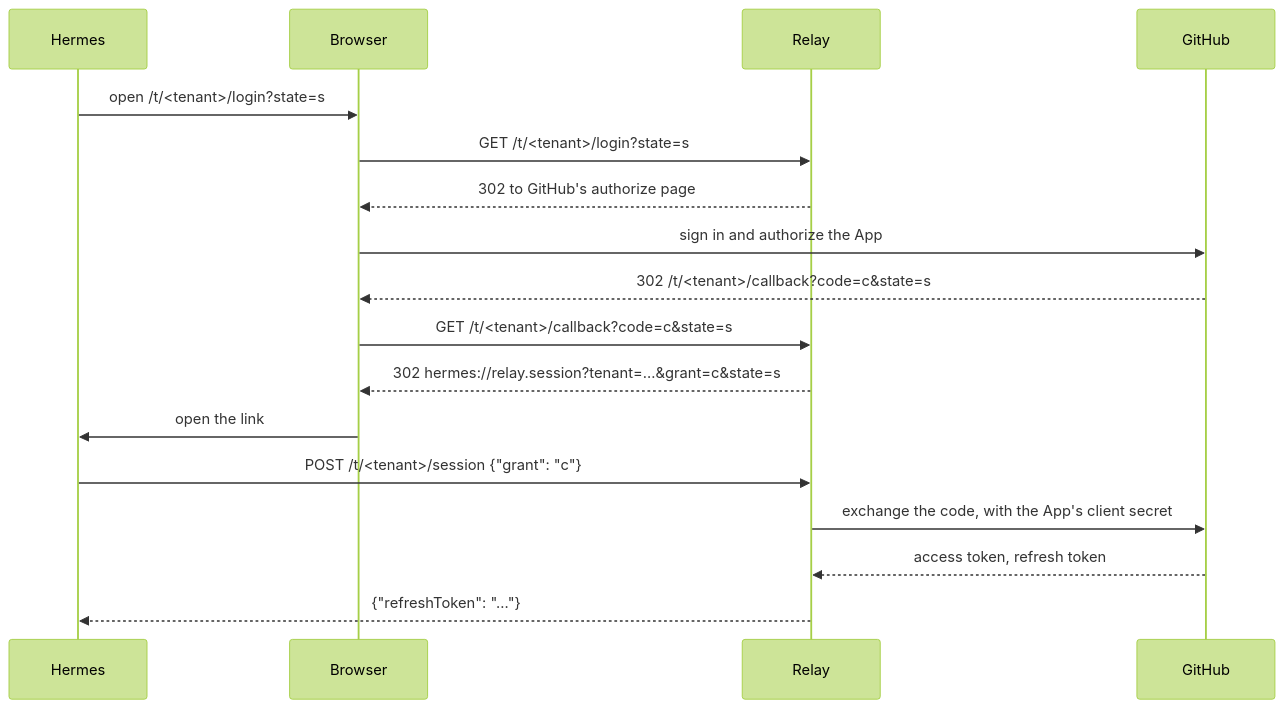
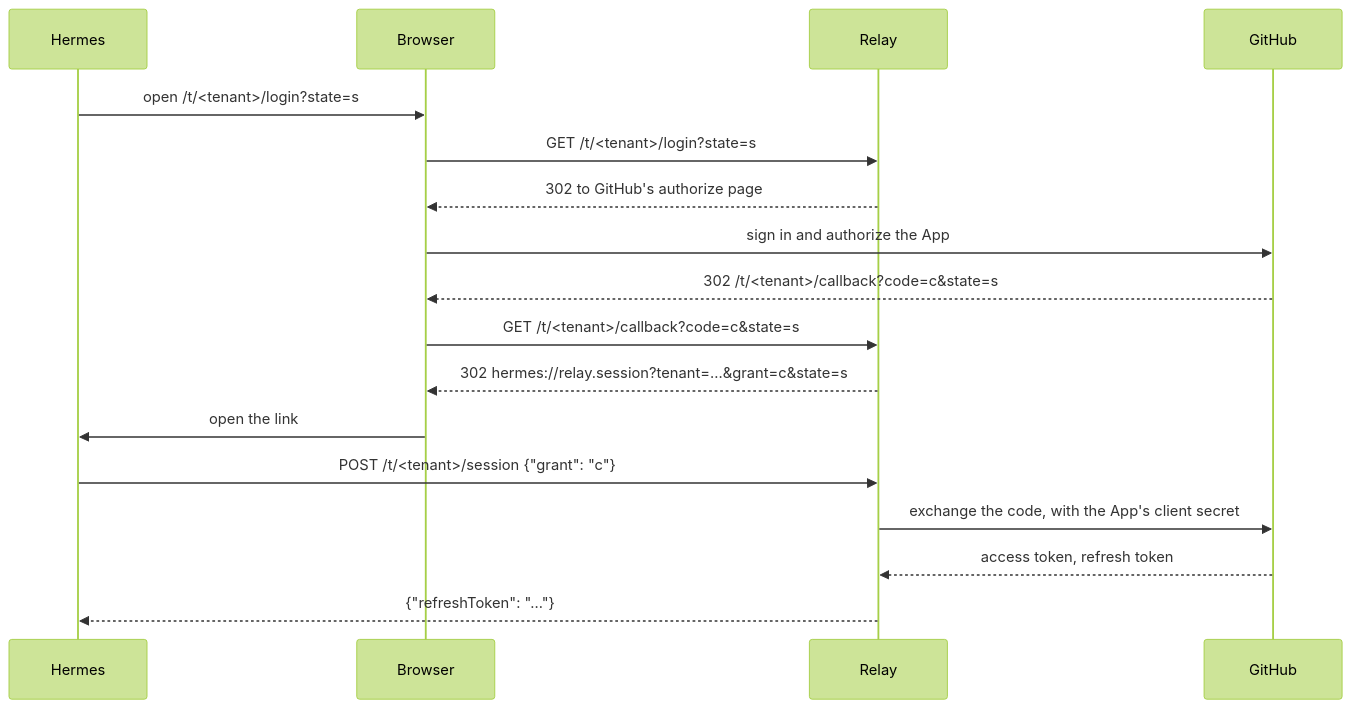
One commit to bojanrajkovic/hermes changed the second of 3 diagrams in plans/relay.md. Above: the diagram before and after it, drawn with Mermaid (forest theme). The commit also changed other lines of this file and 4 other files, not shown here.

````diff
--- a/plans/relay.md
+++ b/plans/relay.md
@@ -114,19 +130,19 @@
 ```mermaid
 sequenceDiagram
     participant H as Hermes
     participant B as Browser
     participant R as Relay
     participant GH as GitHub
-    H->>B: open /t/<tenant>/login?state=s
-    B->>R: GET /t/<tenant>/login?state=s
+    H->>B: open /t/#lt;tenant#gt;/login?state=s
+    B->>R: GET /t/#lt;tenant#gt;/login?state=s
     R-->>B: 302 to GitHub's authorize page
     B->>GH: sign in and authorize the App
-    GH-->>B: 302 /t/<tenant>/callback?code=c&state=s
-    B->>R: GET /t/<tenant>/callback?code=c&state=s
+    GH-->>B: 302 /t/#lt;tenant#gt;/callback?code=c&state=s
+    B->>R: GET /t/#lt;tenant#gt;/callback?code=c&state=s
     R-->>B: 302 hermes://relay.session?tenant=…&grant=c&state=s
     B->>H: open the link
-    H->>R: POST /t/<tenant>/session {"grant": "c"}
+    H->>R: POST /t/#lt;tenant#gt;/session {"grant": "c"}
     R->>GH: exchange the code, with the App's client secret
     GH-->>R: access token, refresh token
     R-->>H: {"refreshToken": "…"}
 ```
````
